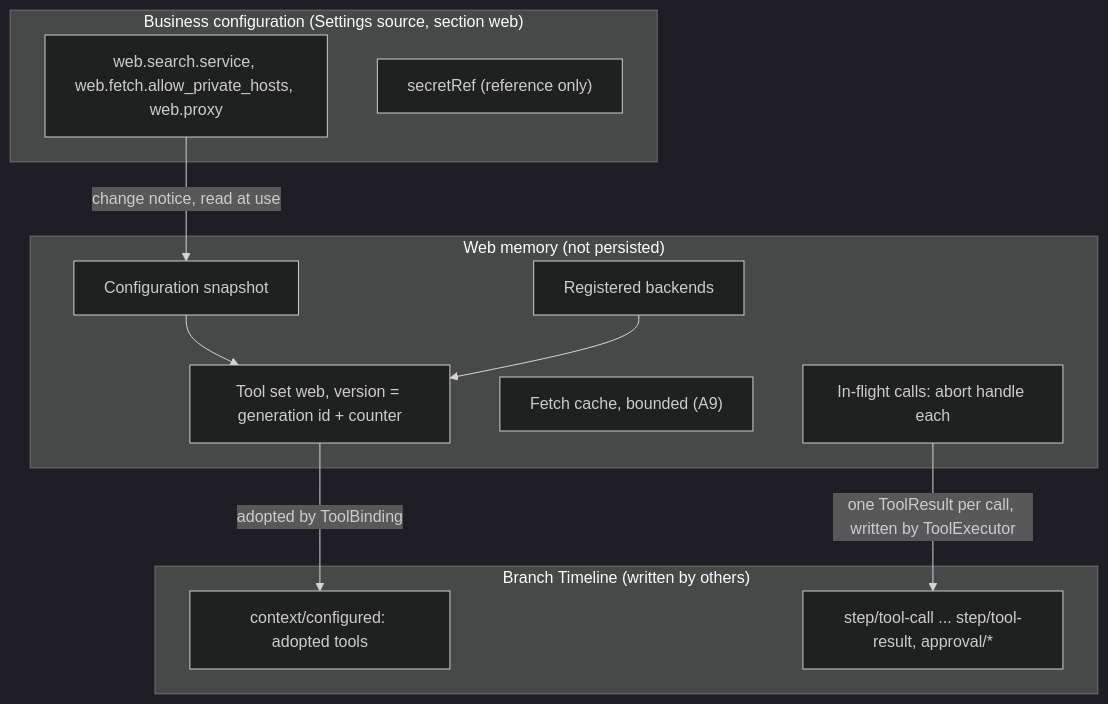
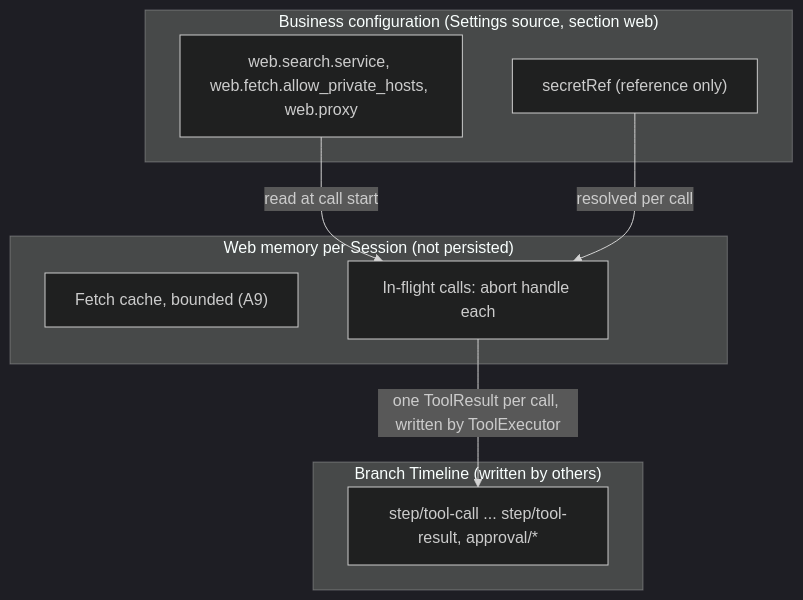
One commit to CoutinhoTTS/dim-agent changed the second of 5 diagrams in docs/design/plugins/Web.md. Above: the diagram before and after it, drawn with Mermaid (dark theme). The commit also changed other lines of this file and 3 other files, not shown here.

Commit message:
docs(design): rescope Web, SessionTitle, Notifications and Hooks per ADR 002

````diff
--- a/docs/design/plugins/Web.md
+++ b/docs/design/plugins/Web.md
@@ -47,23 +40,17 @@
 ```mermaid
 flowchart TB
   subgraph CFG["Business configuration (Settings source, section web)"]
     WebCfg["web.search.service, web.fetch.allow_private_hosts, web.proxy"]
     Secret["secretRef (reference only)"]
   end
-  subgraph MEM["Web memory (not persisted)"]
-    Snap["Configuration snapshot"]
-    Set["Tool set web, version = generation id + counter"]
-    Avail["Registered backends"]
+  subgraph MEM["Web memory per Session (not persisted)"]
     Cache["Fetch cache, bounded (A9)"]
     Inflight["In-flight calls: abort handle each"]
   end
   subgraph TL["Branch Timeline (written by others)"]
-    Cfgd["context/configured: adopted tools"]
     Calls["step/tool-call ... step/tool-result, approval/*"]
   end
-  WebCfg -->|"change notice, read at use"| Snap
-  Snap --> Set
-  Avail --> Set
-  Set -->|"adopted by ToolBinding"| Cfgd
+  WebCfg -->|"read at call start"| Inflight
+  Secret -->|"resolved per call"| Inflight
   Inflight -->|"one ToolResult per call, written by ToolExecutor"| Calls
 ```
````
